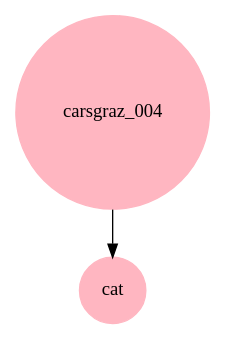
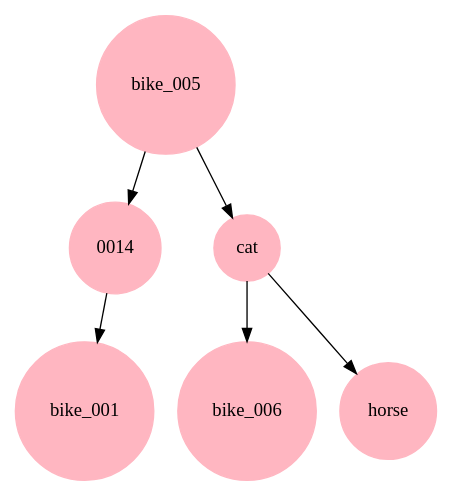
Before and after one commit to adl088/ArbolAVL: the diagram in archivo.dot, drawn with Graphviz. The commit also changed 21 other files, not shown here.

```diff
--- a/archivo.dot
+++ b/archivo.dot
@@ -1,10 +1,14 @@
 digraph G
 {
      node[shape = circle]
      node[style = filled]
      node[fillcolor = "#FFB6C1"]
      node[color = "#FFB6C1"]
      edge[color = "#000000"]
-carsgraz_004->cat
+bike_005->0014->bike_001
+
+bike_005->cat->bike_006
+cat->horse
+
 
 }
```
